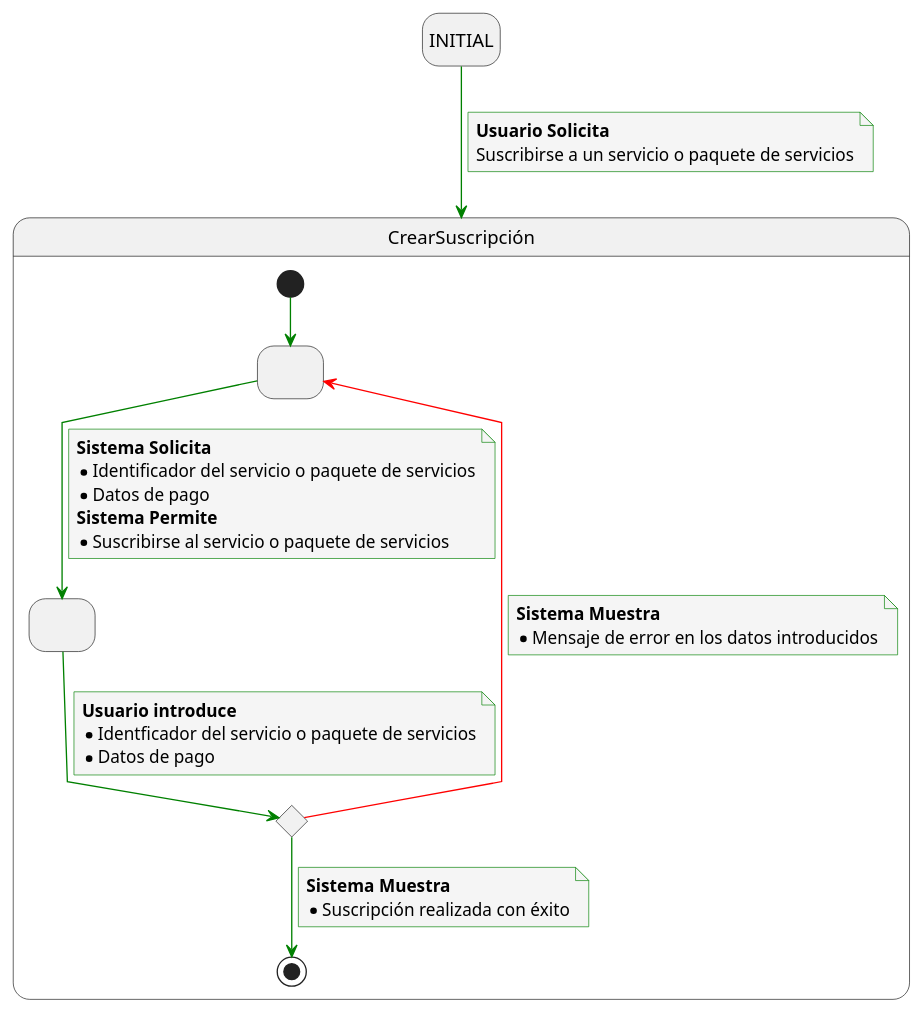
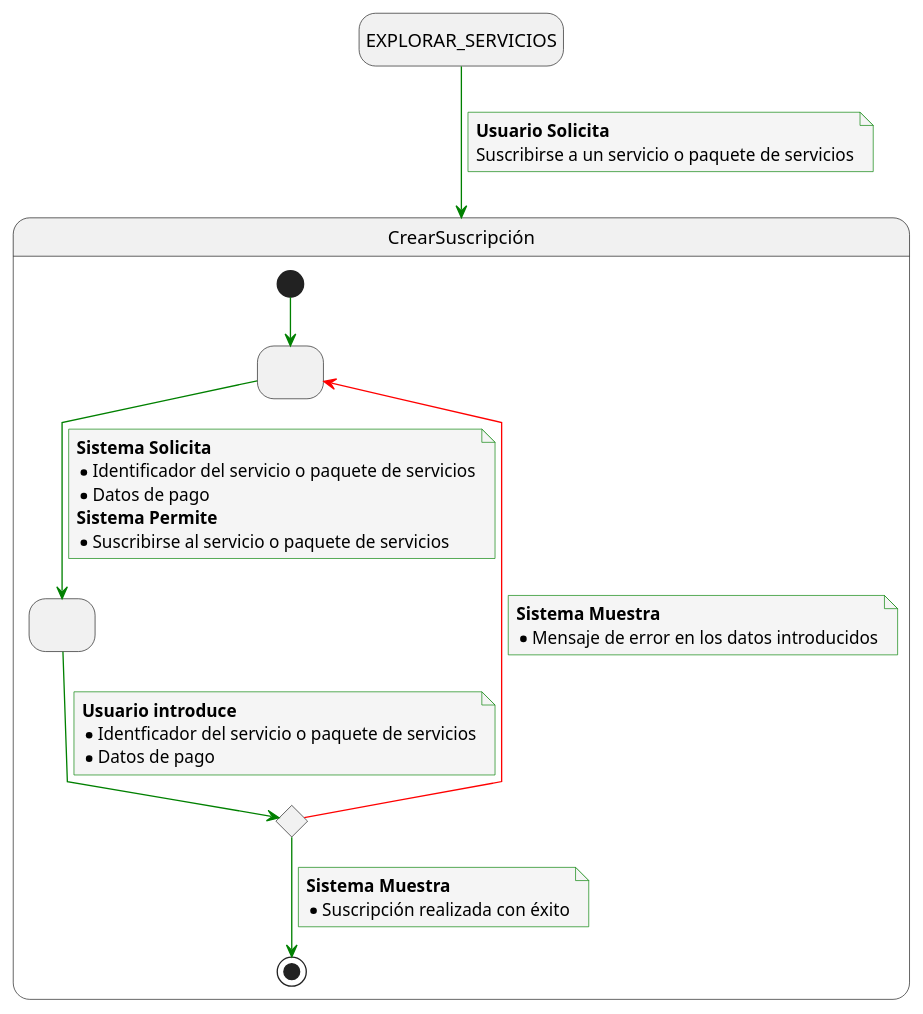
Before and after one commit to mmasias/23-24-IdSw1-SDR: the diagram in Caso_de_Uso/Casos_de_Uso/Usuarios/Egresado/CRD_Suscripción/Crear_Suscripción/Caso_de_Uso.puml, drawn with PlantUML. The commit also changed 45 other files, not shown here.

```diff
--- a/Caso_de_Uso/Casos_de_Uso/Usuarios/Egresado/CRD_Suscripción/Crear_Suscripción/Caso_de_Uso.puml
+++ b/Caso_de_Uso/Casos_de_Uso/Usuarios/Egresado/CRD_Suscripción/Crear_Suscripción/Caso_de_Uso.puml
@@ -1,56 +1,56 @@
 @startuml
 skinparam {
     NoteBackgroundColor #whiteSmoke
     ArrowColor #green
     NoteBorderColor #green
     linetype polyline
 }
 
 hide empty description
 
-state startState as "INITIAL"
+state startState as "EXPLORAR_SERVICIOS"
 
 startState --> CrearSuscripción
 note on link
     <b>Usuario Solicita</b>
     Suscribirse a un servicio o paquete de servicios
 end note
 
 state CrearSuscripción {
 state 2 as " "
 state 3 as " "
 state 4 <<choice>>
 
 [*] -down-> 2
 
 2 -down-> 3
 note on link
 <b>Sistema Solicita</b>
 * Identificador del servicio o paquete de servicios
 * Datos de pago
 <b>Sistema Permite</b>
 * Suscribirse al servicio o paquete de servicios
 end note
 
 3 -down-> 4
 note on link
 <b>Usuario introduce</b>
 * Identficador del servicio o paquete de servicios
 * Datos de pago
 end note
 
 4 -down-> [*]
 note on link
 <b>Sistema Muestra</b>
 * Suscripción realizada con éxito
 end note
 
 4 -[#red]-> 2
 note on link
 <b>Sistema Muestra</b>
 * Mensaje de error en los datos introducidos
 end note
 
 }
 
 @enduml
```
